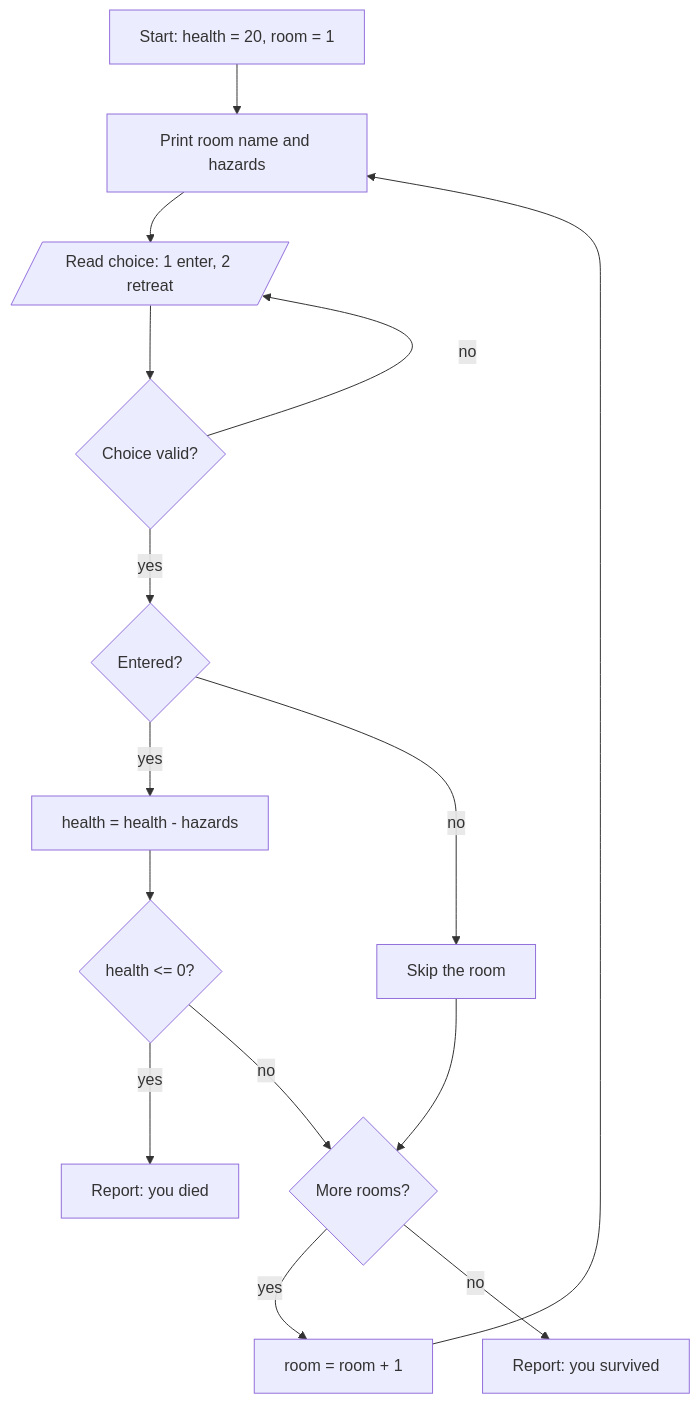
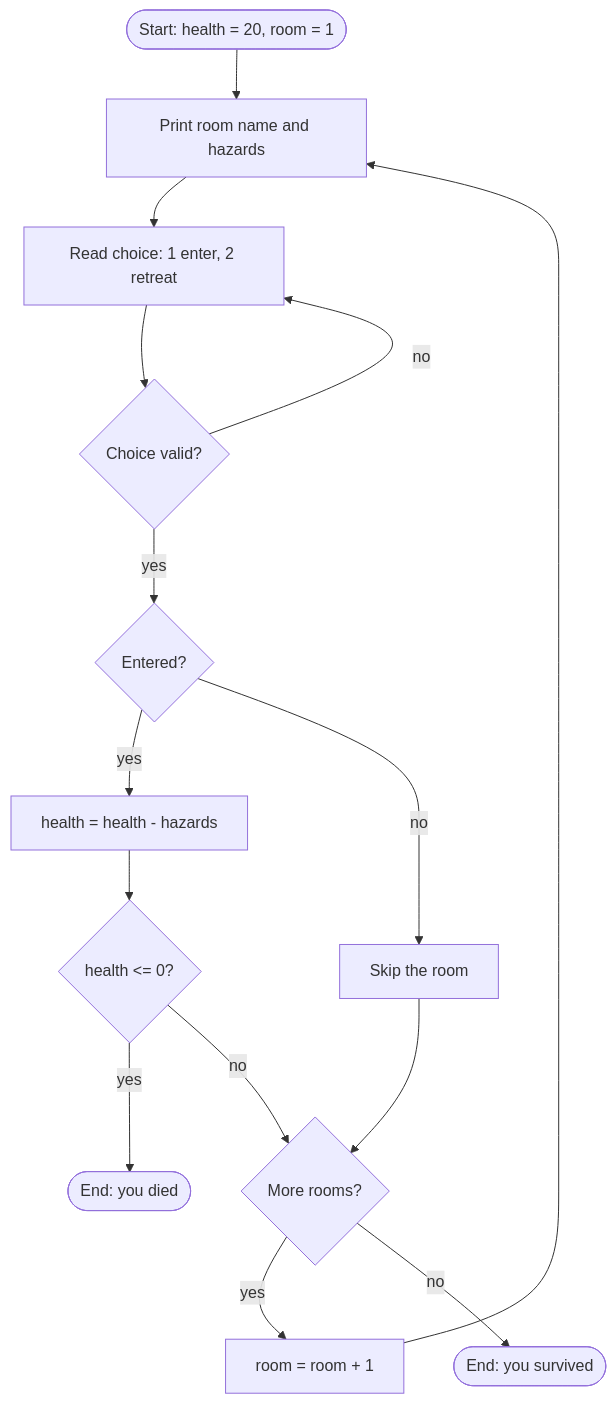
Before and after one commit to norrisaftcc/course-csc134-template: the second of 2 diagrams in modules/m8/learn.md, drawn with Mermaid. The commit also changed other lines of this file and 1 other file, not shown here.

Commit message:
fix(m8): the flowchart used shapes M2 never taught
The prose said "with M2's shapes: rectangles for steps, a diamond for every
decision" and then drew a parallelogram for input and bare rectangles for
start and end. M2's flowcharts use ([stadium]) terminals and have never
shown a parallelogram — standard flowchart vocabulary, silently introduced,
in the module that grades flowcharts.

Redrawn in M2's three shapes; the introducing sentence now names all three.
Rule appended to F-015: Mermaid renders anything, so the sentence next to
the diagram is the only check.

Gates unchanged: markdown 2 matched / 0 unmigrated scoped, 37 tree-wide.

Claude-Session: https://claude.ai/code/session_017rQA1NdFogCEhfvVYXcSDy

````diff
--- a/modules/m8/learn.md
+++ b/modules/m8/learn.md
@@ -143,16 +144,17 @@
 ```mermaid
 flowchart TD
-    A[Start: health = 20, room = 1] --> B[Print room name and hazards]
-    B --> C[/Read choice: 1 enter, 2 retreat/]
+    A([Start: health = 20, room = 1]) --> B[Print room name and hazards]
+    B --> C[Read choice: 1 enter, 2 retreat]
     C --> D{Choice valid?}
     D -- no --> C
     D -- yes --> E{Entered?}
     E -- yes --> F[health = health - hazards]
     E -- no --> G[Skip the room]
     F --> H{health <= 0?}
-    H -- yes --> I[Report: you died]
+    H -- yes --> I([End: you died])
     G --> J{More rooms?}
     H -- no --> J
-    J -- yes --> K[room = room + 1] --> B
-    J -- no --> L[Report: you survived]
+    J -- yes --> K[room = room + 1]
+    K --> B
+    J -- no --> L([End: you survived])
 ```
````
